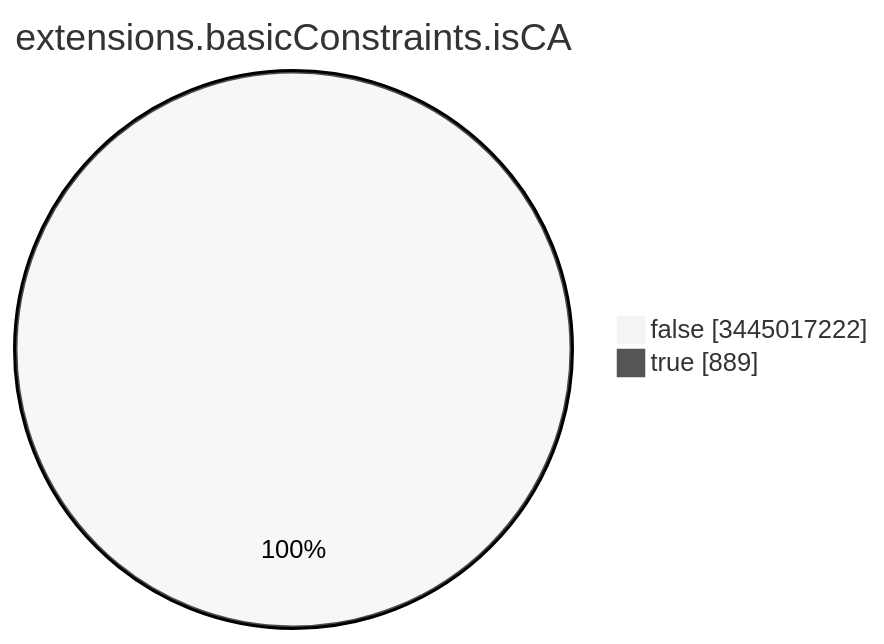
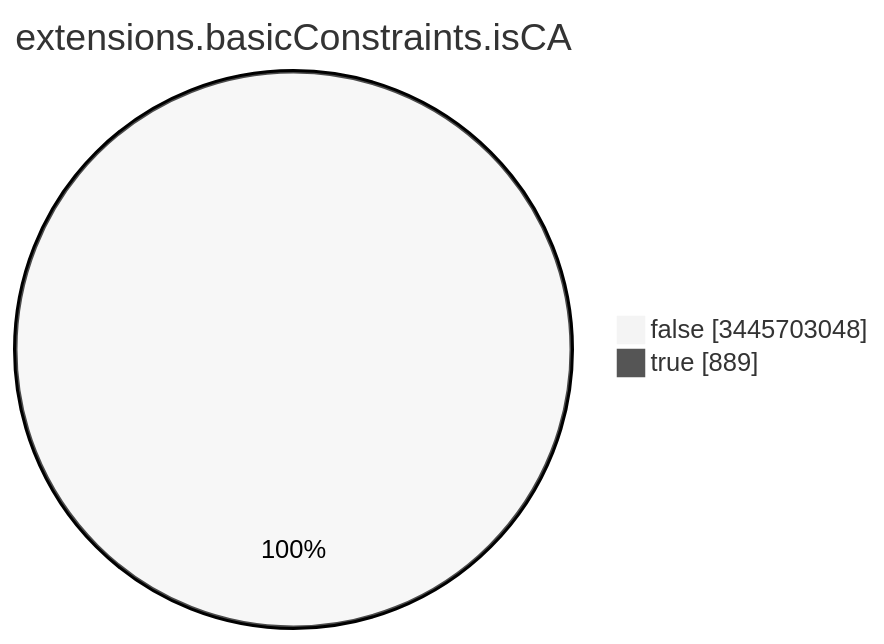
The seventh of 15 diagrams in TOTAL/README.md (christiankrug/ctmonitor_visualization), drawn with Mermaid (neutral theme) before and after one commit. The commit also changed other lines of this file, not shown here.

````diff
--- a/TOTAL/README.md
+++ b/TOTAL/README.md
@@ -3092,6 +3092,6 @@
 ```mermaid
 pie showData
 title extensions.basicConstraints.isCA
-"false" :3445017222
+"false" :3445703048
 "true" :889
 ```
````
